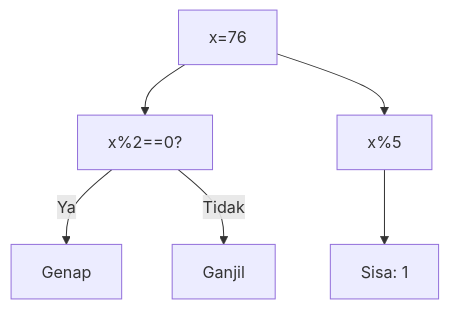
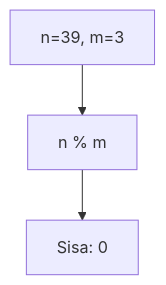
Before and after one commit to amnahwaida/OSNK_INF_PREP: the fourth of 25 diagrams in part-c-pemahaman-cpp/01-tipe-data/latihan/set-09.md, drawn with Mermaid. The commit also changed other lines of this file and 71 other files, not shown here.

````diff
--- a/part-c-pemahaman-cpp/01-tipe-data/latihan/set-09.md
+++ b/part-c-pemahaman-cpp/01-tipe-data/latihan/set-09.md
@@ -116,8 +103,5 @@
 ```mermaid
 graph TD
-A["x=76"] --> B["x%2==0?"]
-B -- Ya --> C["Genap"]
-B -- Tidak --> D["Ganjil"]
-A --> E["x%5"]
-E --> F["Sisa: 1"]
+A["n=39, m=3"] --> B["n % m"]
+B --> C["Sisa: 0"]
 ```
````
